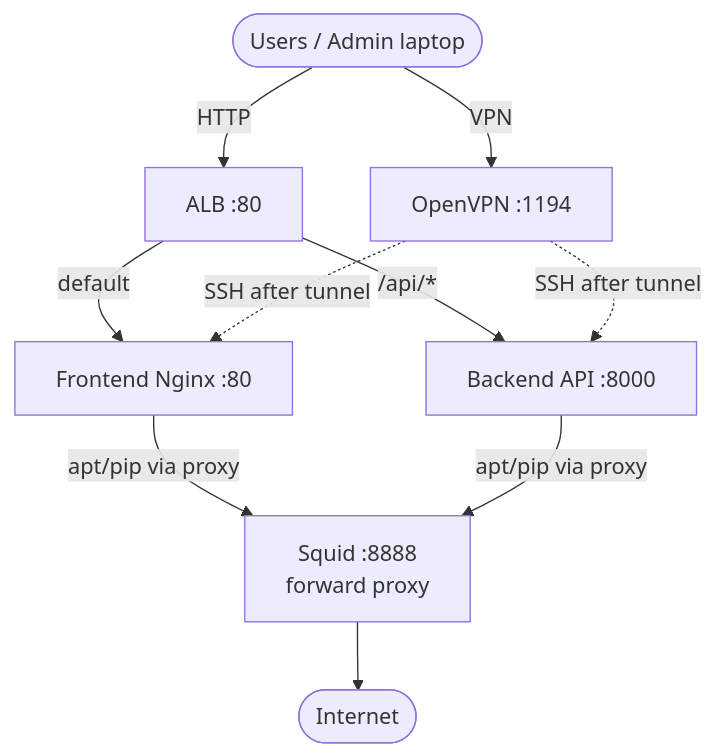
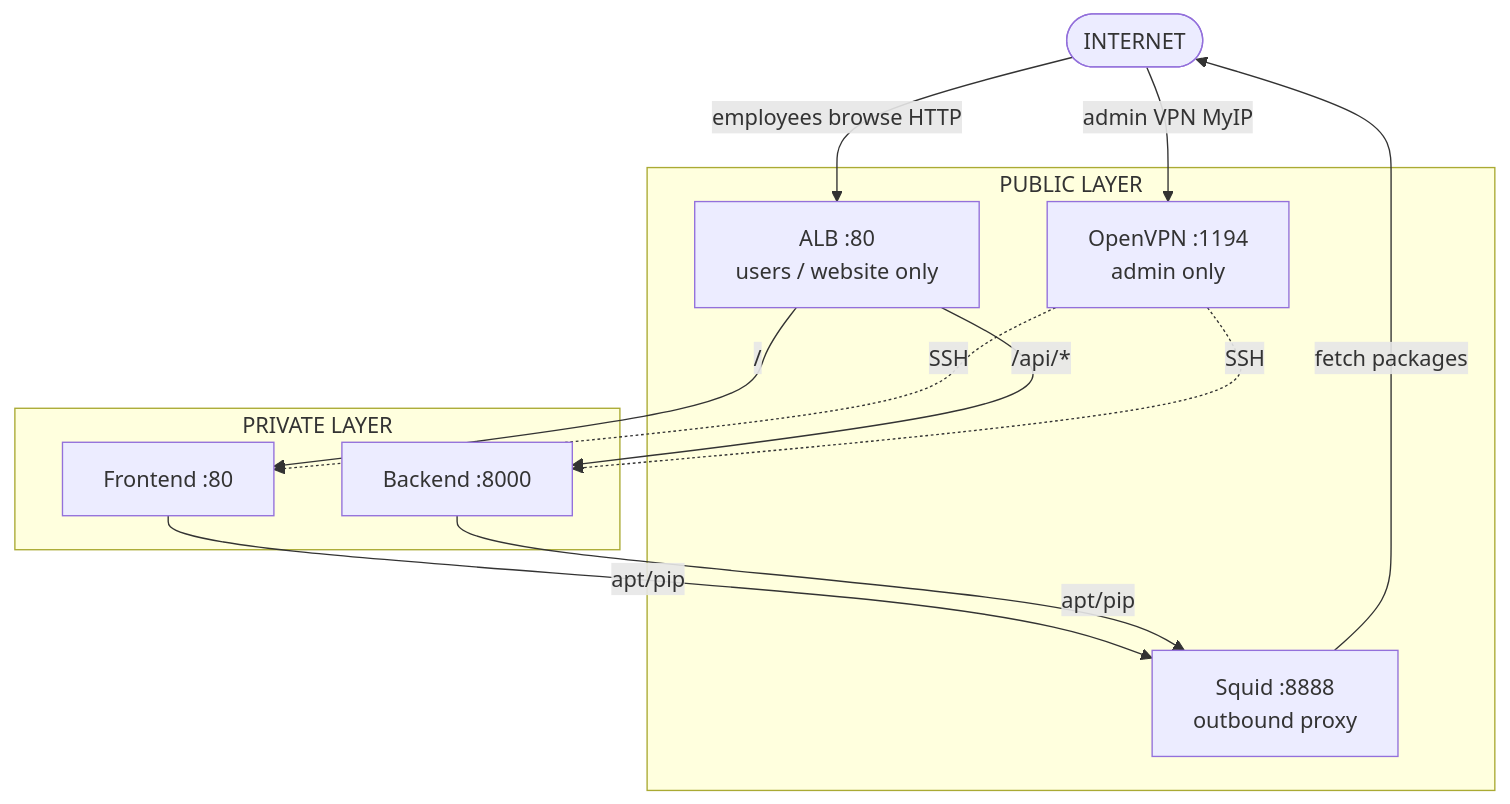
The diagram in README.md (SYMOIZ/aws-3tier-architecture), drawn with Mermaid before and after one commit. The commit also changed other lines of this file and 1 other file, not shown here.

First line of the commit message:
Clarify ALB is for users not admin; put Internet at top of diagram.

````diff
--- a/README.md
+++ b/README.md
@@ -38,20 +49,25 @@
 ```mermaid
 flowchart TB
-  Users([Users / Admin laptop])
-  ALB[ALB :80]
-  Squid[Squid :8888<br/>forward proxy]
-  VPN[OpenVPN :1194]
-  FE[Frontend Nginx :80]
-  BE[Backend API :8000]
-  Net([Internet])
+  Internet([INTERNET])
 
-  Users -->|HTTP| ALB
-  Users -->|VPN| VPN
-  ALB -->|default| FE
+  subgraph Public["PUBLIC LAYER"]
+    ALB["ALB :80<br/>users / website only"]
+    VPN["OpenVPN :1194<br/>admin only"]
+    Squid["Squid :8888<br/>outbound proxy"]
+  end
+
+  subgraph Private["PRIVATE LAYER"]
+    FE["Frontend :80"]
+    BE["Backend :8000"]
+  end
+
+  Internet -->|employees browse HTTP| ALB
+  Internet -->|admin VPN MyIP| VPN
+  ALB -->|/| FE
   ALB -->|/api/*| BE
-  FE -->|apt/pip via proxy| Squid
-  BE -->|apt/pip via proxy| Squid
-  Squid --> Net
-  VPN -.->|SSH after tunnel| FE
-  VPN -.->|SSH after tunnel| BE
+  VPN -.->|SSH| FE
+  VPN -.->|SSH| BE
+  FE -->|apt/pip| Squid
+  BE -->|apt/pip| Squid
+  Squid -->|fetch packages| Internet
 ```
````
